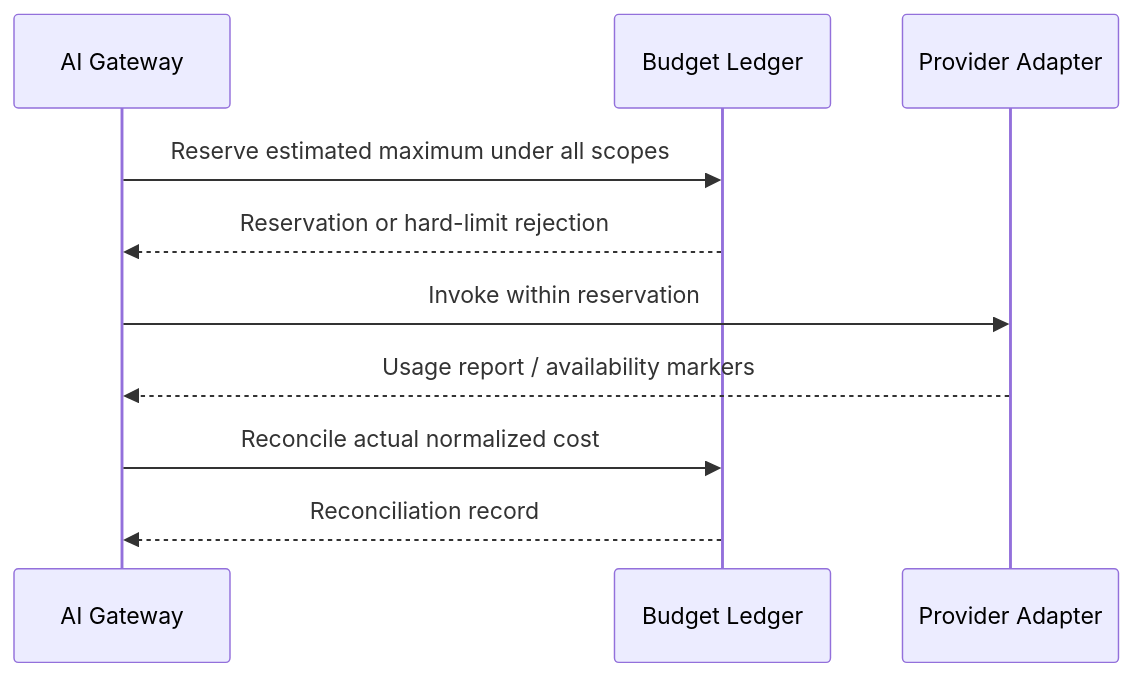
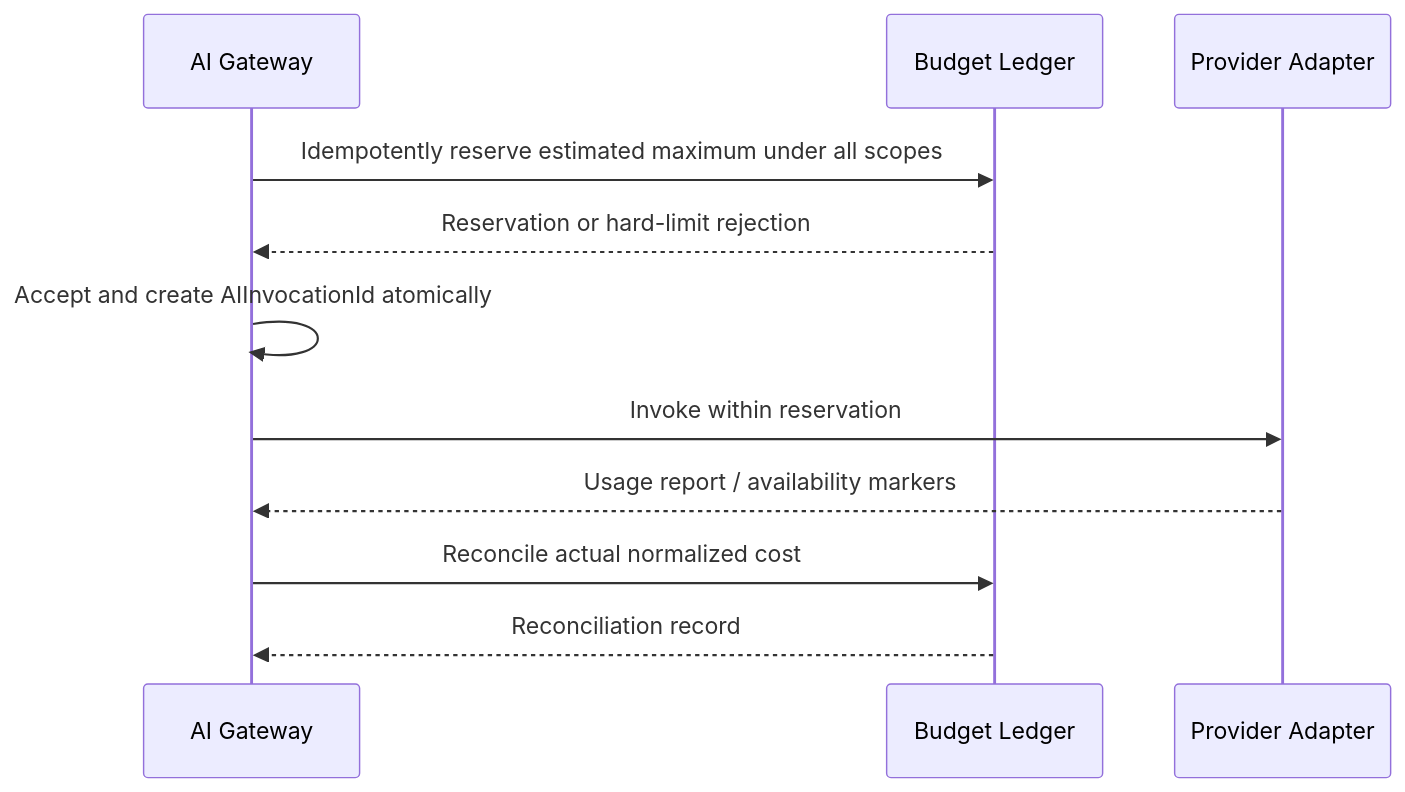
The third of 4 diagrams in docs/architecture/ModelRoutingAndBudgeting.md (mayurbhavsar04/AIEOS), drawn with Mermaid before and after one commit. The commit also changed other lines of this file and 10 other files, not shown here.

````diff
--- a/docs/architecture/ModelRoutingAndBudgeting.md
+++ b/docs/architecture/ModelRoutingAndBudgeting.md
@@ -75,12 +79,13 @@
 ```mermaid
 sequenceDiagram
     participant G as AI Gateway
     participant L as Budget Ledger
     participant A as Provider Adapter
-    G->>L: Reserve estimated maximum under all scopes
+    G->>L: Idempotently reserve estimated maximum under all scopes
     L-->>G: Reservation or hard-limit rejection
+    G->>G: Accept and create AIInvocationId atomically
     G->>A: Invoke within reservation
     A-->>G: Usage report / availability markers
     G->>L: Reconcile actual normalized cost
     L-->>G: Reconciliation record
 ```
````
